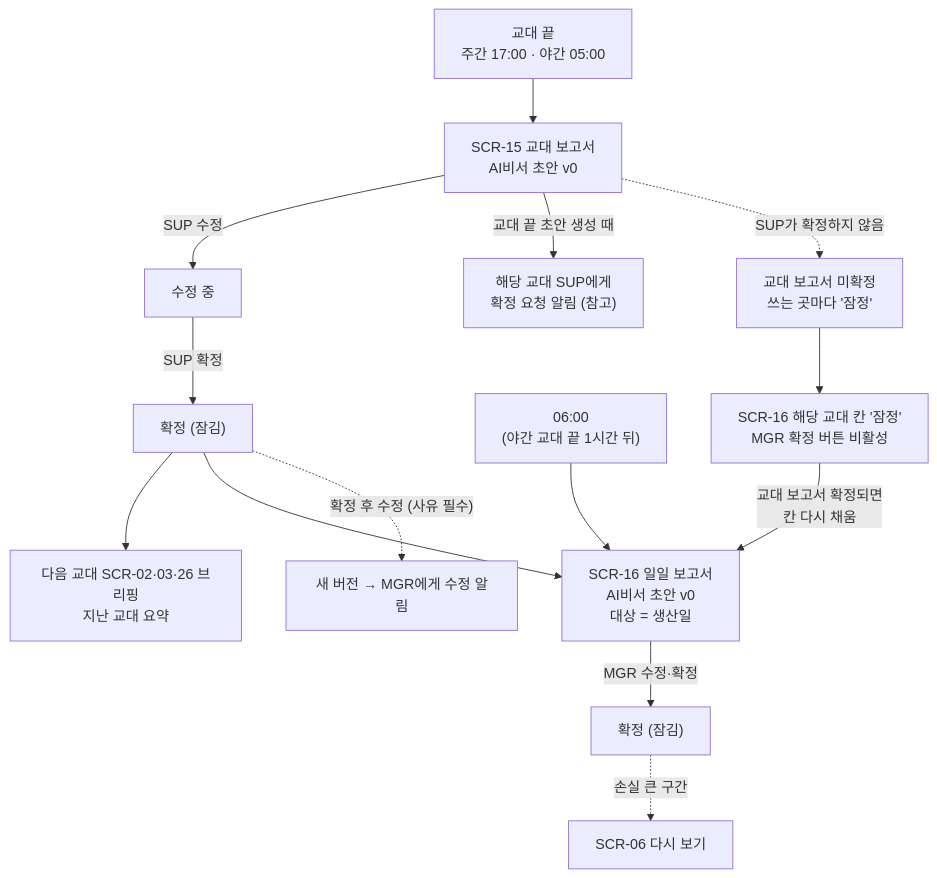
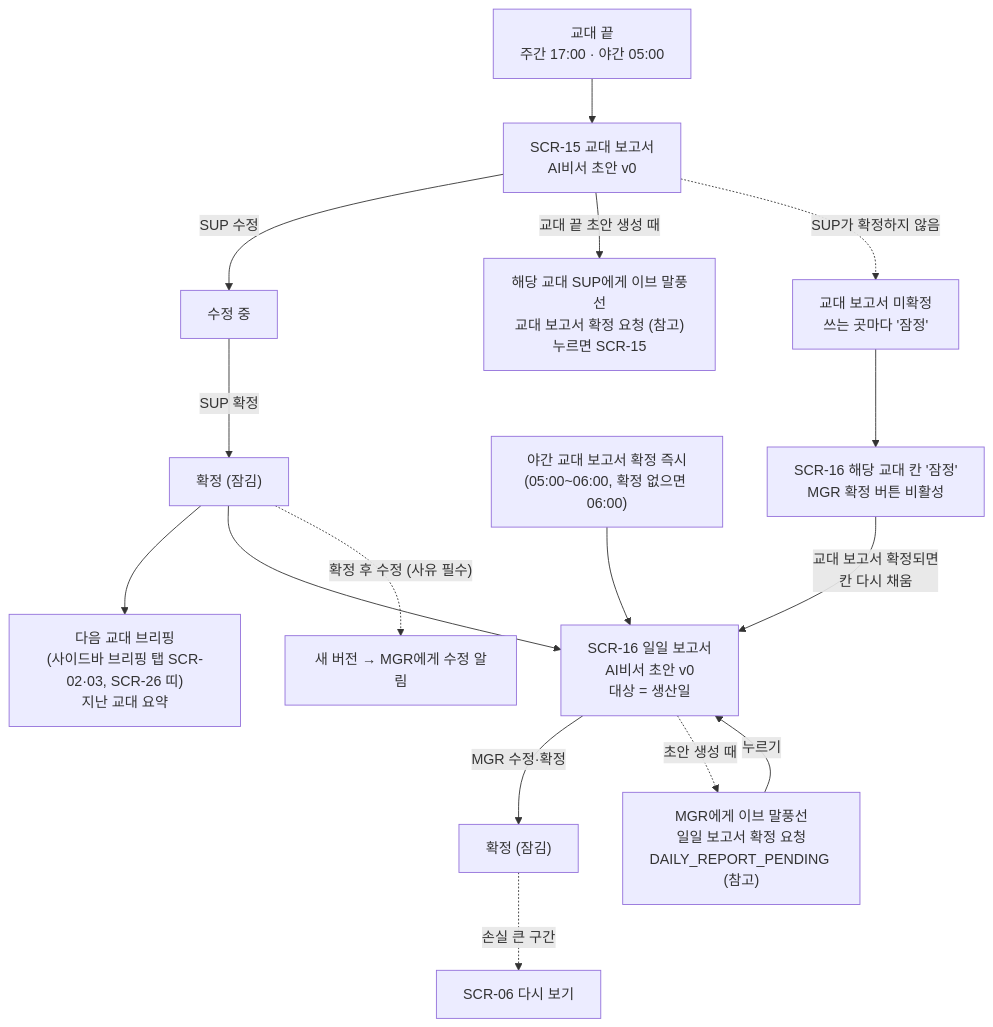
Before and after one commit to Ion-Mill/VF-2: the third of 3 diagrams in 11_automotive/UI설계서_최종본.md, drawn with Mermaid. The commit also changed other lines of this file and 194 other files, not shown here.

````diff
--- a/11_automotive/UI설계서_최종본.md
+++ b/11_automotive/UI설계서_최종본.md
@@ -443,16 +469,18 @@
 ```mermaid
 flowchart TD
     E["교대 끝<br/>주간 17:00 · 야간 05:00"] --> SR["SCR-15 교대 보고서<br/>AI비서 초안 v0"]
     SR -- "SUP 수정" --> SR2["수정 중"]
     SR2 -- "SUP 확정" --> SRC["확정 (잠김)"]
-    SR -- "교대 끝 초안 생성 때" --> REQ["해당 교대 SUP에게<br/>확정 요청 알림 (참고)"]
+    SR -- "교대 끝 초안 생성 때" --> REQ["해당 교대 SUP에게 이브 말풍선<br/>교대 보고서 확정 요청 (참고)<br/>누르면 SCR-15"]
     SR -. "SUP가 확정하지 않음" .-> PEND["교대 보고서 미확정<br/>쓰는 곳마다 '잠정'"]
-    SRC --> NB["다음 교대 SCR-02·03·26 브리핑<br/>지난 교대 요약"]
-    D["06:00<br/>(야간 교대 끝 1시간 뒤)"] --> DR["SCR-16 일일 보고서<br/>AI비서 초안 v0<br/>대상 = 생산일"]
+    SRC --> NB["다음 교대 브리핑<br/>(사이드바 브리핑 탭 SCR-02·03, SCR-26 띠)<br/>지난 교대 요약"]
+    D["야간 교대 보고서 확정 즉시<br/>(05:00~06:00, 확정 없으면 06:00)"] --> DR["SCR-16 일일 보고서<br/>AI비서 초안 v0<br/>대상 = 생산일"]
     SRC --> DR
     PEND --> DRP["SCR-16 해당 교대 칸 '잠정'<br/>MGR 확정 버튼 비활성"]
     DRP -- "교대 보고서 확정되면<br/>칸 다시 채움" --> DR
     DR -- "MGR 수정·확정" --> DRC["확정 (잠김)"]
+    DR -. "초안 생성 때" .-> BUB["MGR에게 이브 말풍선<br/>일일 보고서 확정 요청<br/>DAILY_REPORT_PENDING (참고)"]
+    BUB -- "누르기" --> DR
     SRC -. "확정 후 수정 (사유 필수)" .-> V["새 버전 → MGR에게 수정 알림"]
     DRC -. "손실 큰 구간" .-> RP2["SCR-06 다시 보기"]
 ```
````
